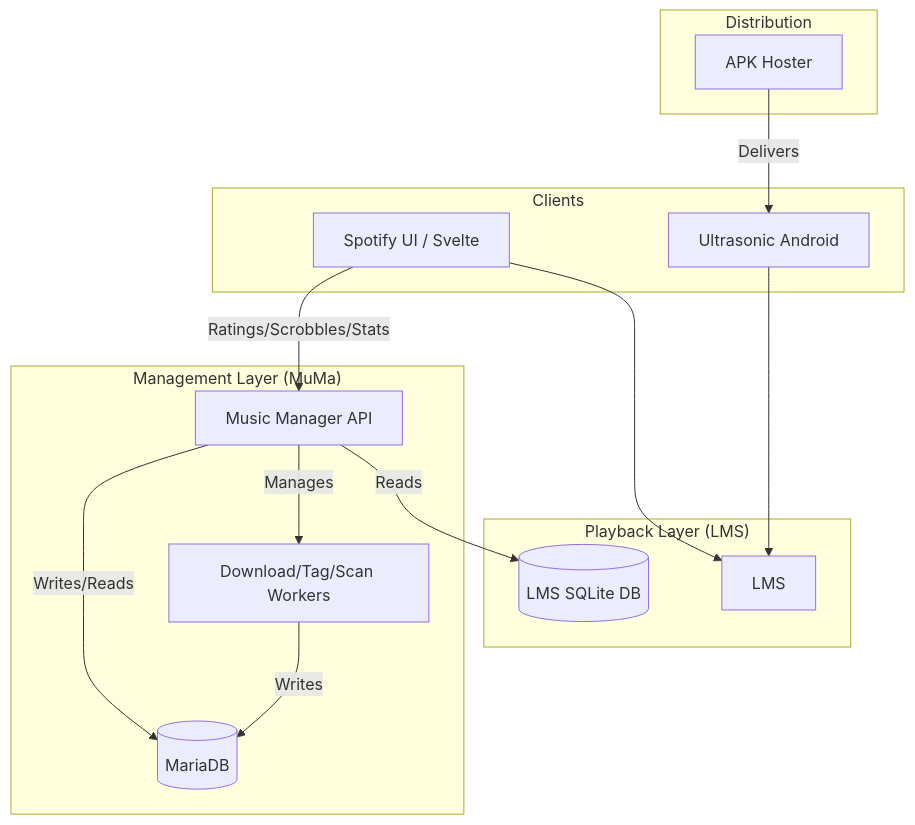
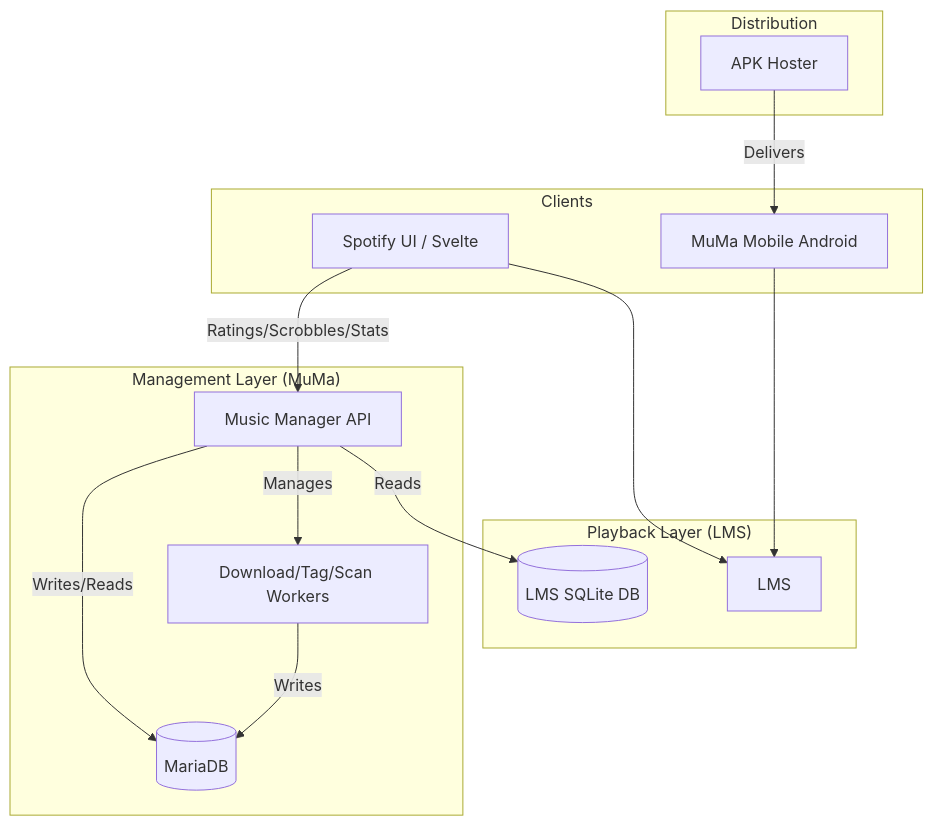
Before and after one commit to tsshadow/music-management: the first of 5 diagrams in docs/architecture.md, drawn with Mermaid. The commit also changed other lines of this file and 1478 other files, not shown here.

First line of the commit message:
refactor(muma-mobile): rename the Android app from Ultrasonic to MuMa Mobile

````diff
--- a/docs/architecture.md
+++ b/docs/architecture.md
@@ -103,34 +103,34 @@
 ```mermaid
 graph TD
     subgraph Clients
         WebUI[Spotify UI / Svelte]
-        Mobile[Ultrasonic Android]
+        Mobile[MuMa Mobile Android]
     end
 
     subgraph "Playback Layer (LMS)"
         LMS_Stable[LMS]
         LMS_DB[(LMS SQLite DB)]
     end
 
     subgraph "Management Layer (MuMa)"
         MuMaCore[Music Manager API]
         MainDB[(MariaDB)]
         Workers[Download/Tag/Scan Workers]
     end
 
     subgraph Distribution
         APKHoster[APK Hoster]
     end
 
     WebUI --> LMS_Stable
     WebUI -- Ratings/Scrobbles/Stats --> MuMaCore
     Mobile --> LMS_Stable
     
     MuMaCore -- Reads --> LMS_DB
     MuMaCore -- Manages --> Workers
     
     Workers -- Writes --> MainDB
     MuMaCore -- Writes/Reads --> MainDB
     
     APKHoster -- Delivers --> Mobile
 ```
````
